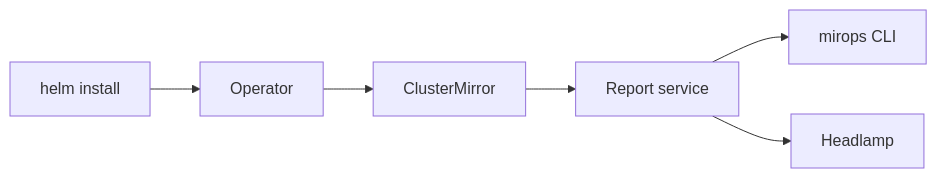
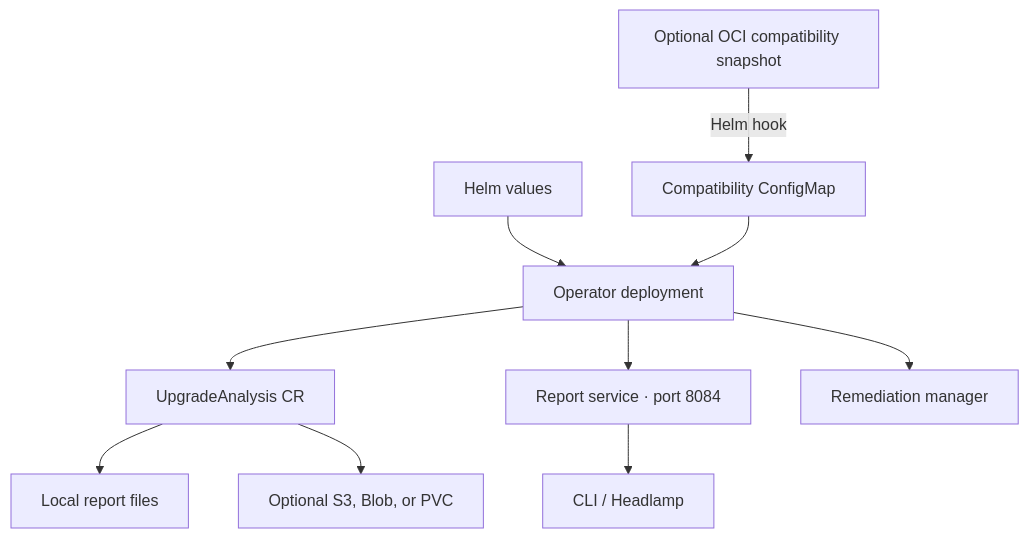
One commit to miropshq/helm-charts changed the diagram in mirops-operator/README.md. Above: the diagram before and after it, drawn with Mermaid. The commit also changed other lines of this file and 1 other file, not shown here.

Commit message:
docs: expand chart guides for development branch

````diff
--- a/mirops-operator/README.md
+++ b/mirops-operator/README.md
@@ -5,8 +5,12 @@
 ```mermaid
-flowchart LR
-  I[helm install] --> O[Operator]
-  O --> CM[ClusterMirror]
-  CM --> RR[Report service]
-  RR --> CLI[mirops CLI]
-  RR --> UI[Headlamp]
+flowchart TD
+  V[Helm values] --> O[Operator deployment]
+  O --> UA[UpgradeAnalysis CR]
+  O --> R[Report service · port 8084]
+  O --> RM[Remediation manager]
+  UA --> F[Local report files]
+  UA --> S[Optional S3, Blob, or PVC]
+  R --> C[CLI / Headlamp]
+  CM[Optional OCI compatibility snapshot] -->|Helm hook| K[Compatibility ConfigMap]
+  K --> O
 ```
````
